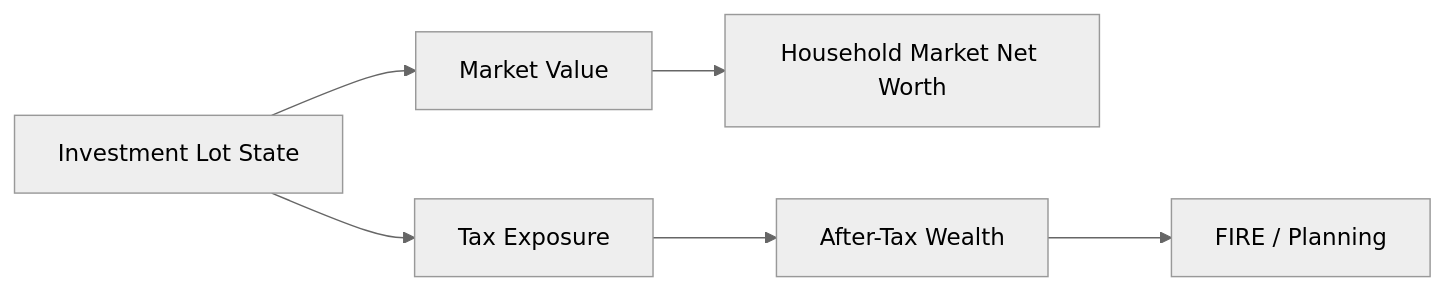
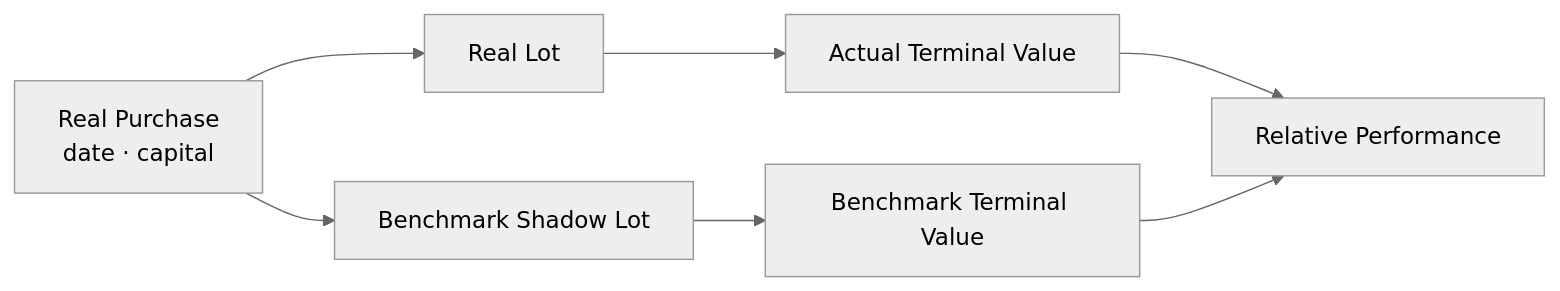
Before and after one commit to tks18/personal-finance-etl: the third of 4 diagrams in docs/finance/investment-analytics.md, drawn with Mermaid (neutral theme). The commit also changed other lines of this file and 5 other files, not shown here.

````diff
--- a/docs/finance/investment-analytics.md
+++ b/docs/finance/investment-analytics.md
@@ -649,8 +245,9 @@
 ```mermaid
 flowchart LR
-    LOT["Investment Lot State"] --> MKT["Market Value"]
-    LOT --> TAX["Tax Exposure"]
-    MKT --> NW["Household Market Net Worth"]
-    TAX --> AT["After-Tax Wealth"]
-    AT --> FIRE["FIRE / Planning"]
+    BUY["Real Purchase<br/>date · capital"] --> REAL["Real Lot"]
+    BUY --> SHADOW["Benchmark Shadow Lot"]
+    REAL --> REALV["Actual Terminal Value"]
+    SHADOW --> BMV["Benchmark Terminal Value"]
+    REALV --> COMP["Relative Performance"]
+    BMV --> COMP
 ```
````
